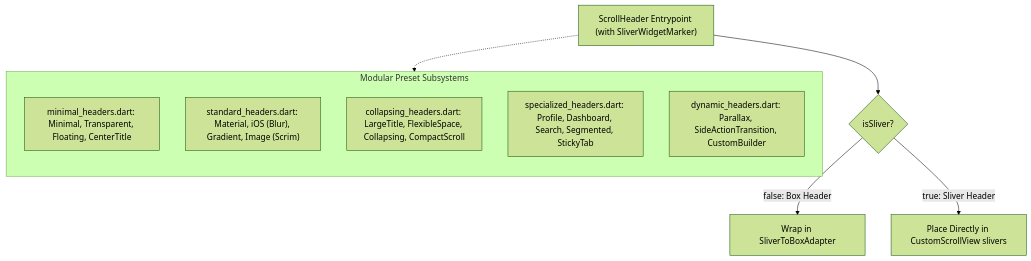
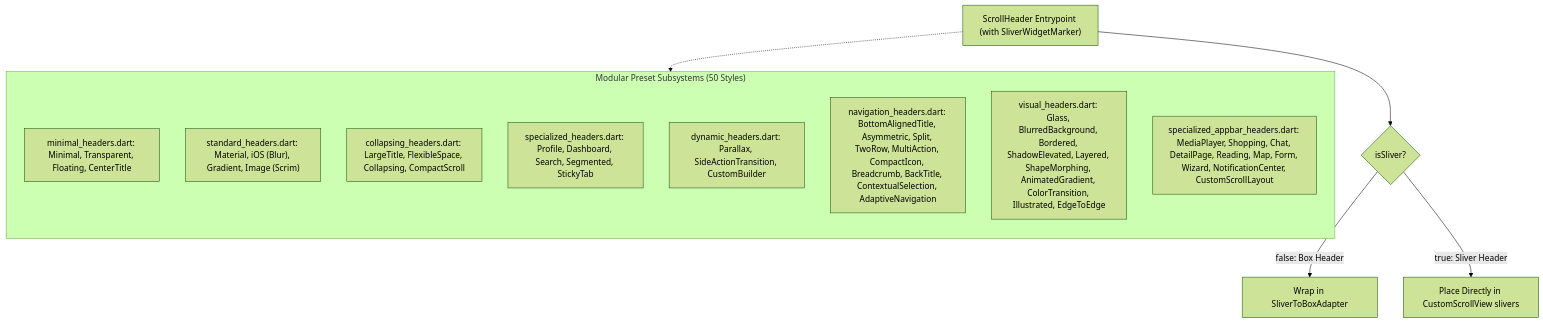
Before and after one commit to juwelzan/app_bar_ui: the fourth of 4 diagrams in ARCHITECTURE.md, drawn with Mermaid (forest theme). The commit also changed other lines of this file and 5 other files, not shown here.

````diff
--- a/ARCHITECTURE.md
+++ b/ARCHITECTURE.md
@@ -239,18 +239,21 @@
 ```mermaid
 flowchart TD
     ScrollHeader["ScrollHeader Entrypoint (with SliverWidgetMarker)"] --> RouteCheck{"isSliver?"}
     
     RouteCheck -->|false: Box Header| BoxDelegate["Wrap in SliverToBoxAdapter"]
     RouteCheck -->|true: Sliver Header| DirectSliver["Place Directly in CustomScrollView slivers"]
     
-    subgraph PresetModules["Modular Preset Subsystems"]
+    subgraph PresetModules["Modular Preset Subsystems (50 Styles)"]
         direction TB
         Minimal["minimal_headers.dart: Minimal, Transparent, Floating, CenterTitle"]
         Standard["standard_headers.dart: Material, iOS (Blur), Gradient, Image (Scrim)"]
         Collapsing["collapsing_headers.dart: LargeTitle, FlexibleSpace, Collapsing, CompactScroll"]
         Specialized["specialized_headers.dart: Profile, Dashboard, Search, Segmented, StickyTab"]
         Dynamic["dynamic_headers.dart: Parallax, SideActionTransition, CustomBuilder"]
+        NavHeaders["navigation_headers.dart: BottomAlignedTitle, Asymmetric, Split, TwoRow, MultiAction, CompactIcon, Breadcrumb, BackTitle, ContextualSelection, AdaptiveNavigation"]
+        VisualHeaders["visual_headers.dart: Glass, BlurredBackground, Bordered, ShadowElevated, Layered, ShapeMorphing, AnimatedGradient, ColorTransition, Illustrated, EdgeToEdge"]
+        SpecAppBar["specialized_appbar_headers.dart: MediaPlayer, Shopping, Chat, DetailPage, Reading, Map, Form, Wizard, NotificationCenter, CustomScrollLayout"]
     end
     
     ScrollHeader -.-> PresetModules
 ```
````
